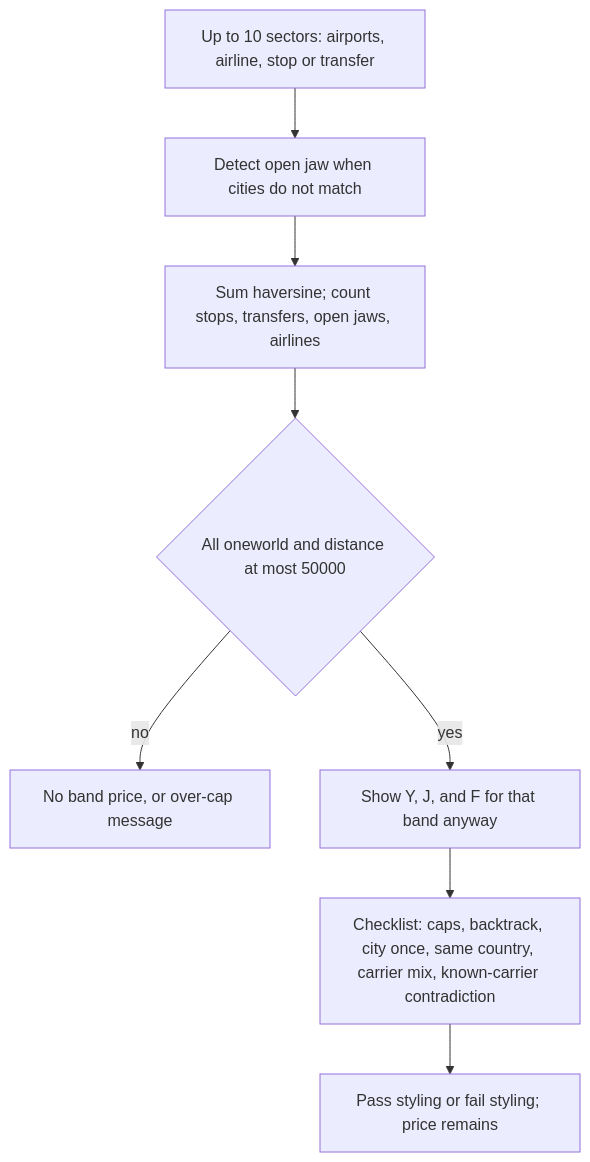
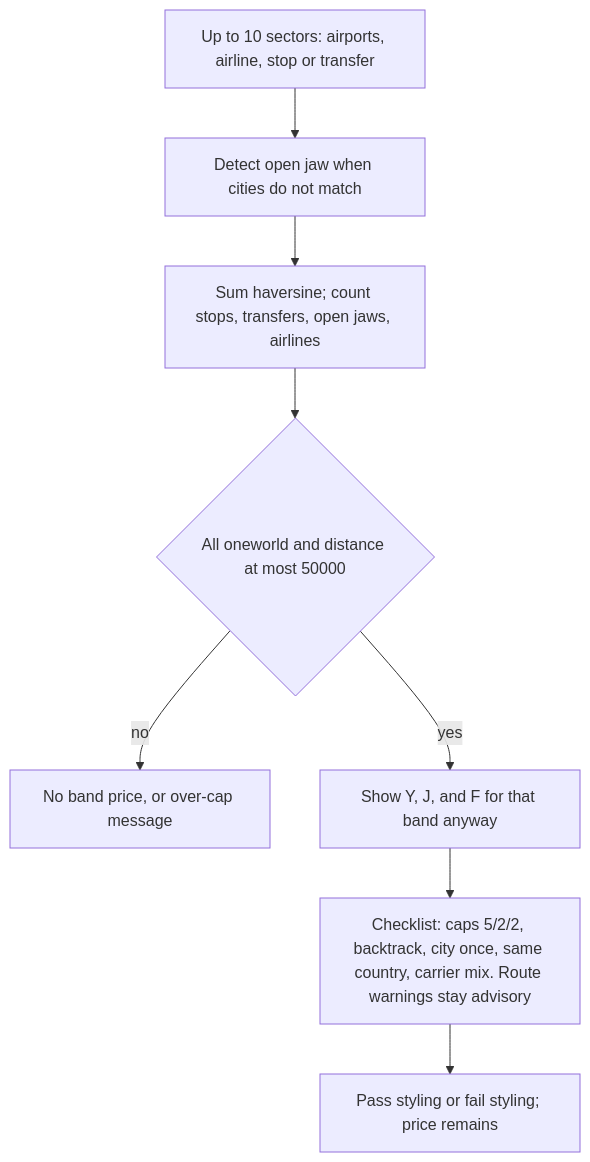
Before and after one commit to andrelyt/asia-miles-optimizer: the third of 4 diagrams in docs/research/FLYASIA_RESEARCH.md, drawn with Mermaid. The commit also changed other lines of this file, not shown here.

````diff
--- a/docs/research/FLYASIA_RESEARCH.md
+++ b/docs/research/FLYASIA_RESEARCH.md
@@ -539,10 +581,10 @@
 ```mermaid
 flowchart TD
   A["Up to 10 sectors: airports, airline, stop or transfer"] --> B["Detect open jaw when cities do not match"]
   B --> C["Sum haversine; count stops, transfers, open jaws, airlines"]
   C --> D{"All oneworld and distance at most 50000"}
   D -->|no| E["No band price, or over-cap message"]
   D -->|yes| F["Show Y, J, and F for that band anyway"]
-  F --> G["Checklist: caps, backtrack, city once, same country, carrier mix, known-carrier contradiction"]
+  F --> G["Checklist: caps 5/2/2, backtrack, city once, same country, carrier mix. Route warnings stay advisory"]
   G --> H["Pass styling or fail styling; price remains"]
 ```
````
